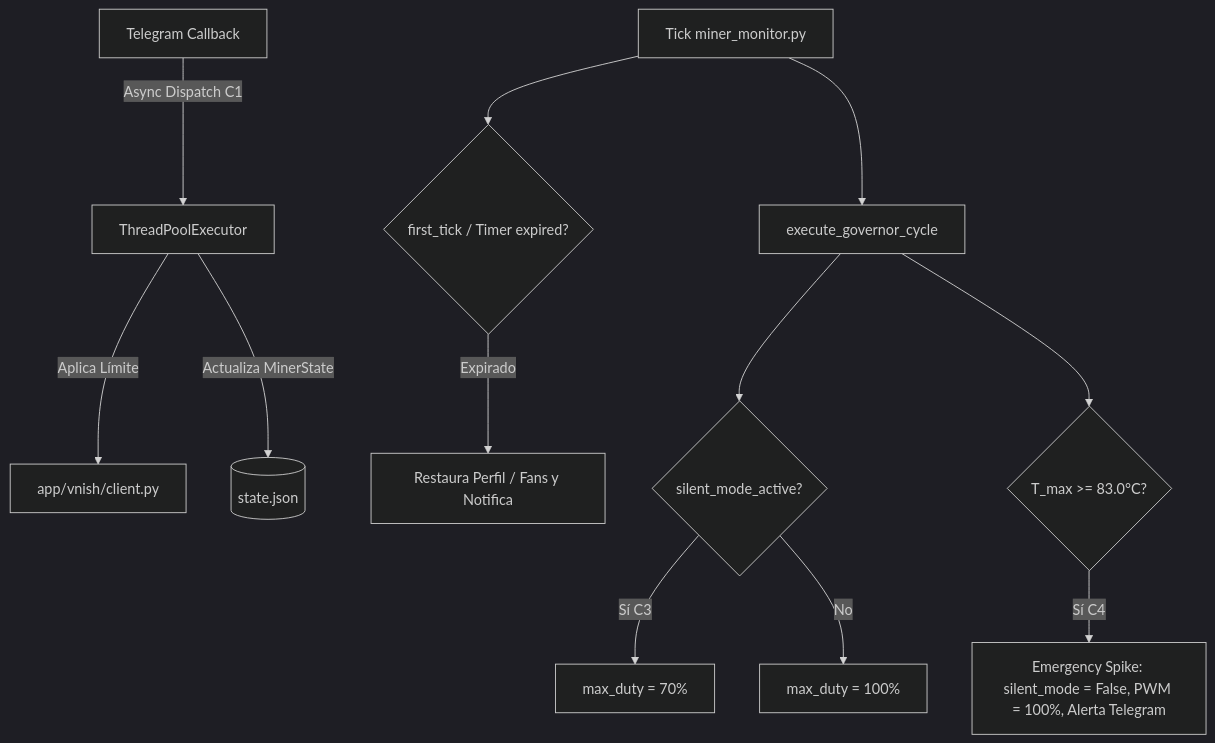
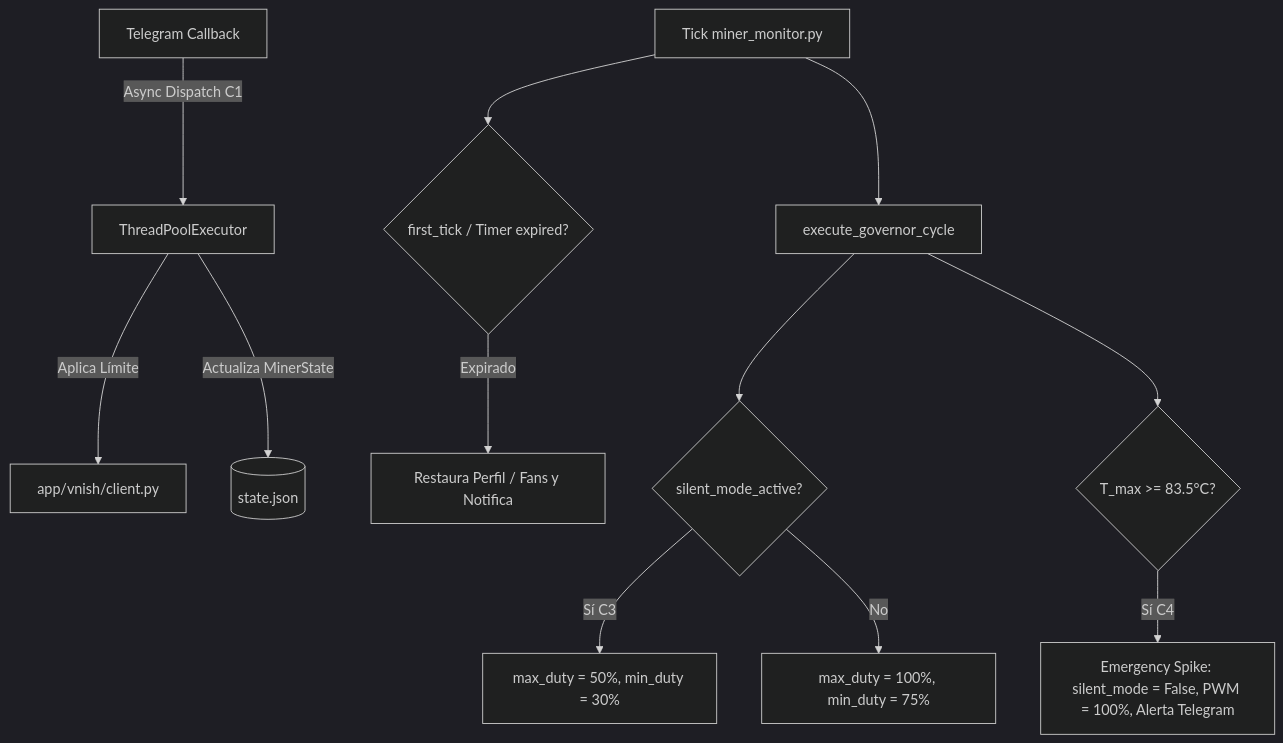
The diagram in specs/044-silent-mode-thermal-guard/plan.md (fagdiaz/miner-alerts), drawn with Mermaid (dark theme) before and after one commit. The commit also changed other lines of this file and 43 other files, not shown here.

````diff
--- a/specs/044-silent-mode-thermal-guard/plan.md
+++ b/specs/044-silent-mode-thermal-guard/plan.md
@@ -10,17 +10,17 @@
 ```mermaid
 graph TD
     User[Telegram Callback] -->|Async Dispatch C1| Worker[ThreadPoolExecutor]
     Worker -->|Aplica Límite| VNishClient[app/vnish/client.py]
     Worker -->|Actualiza MinerState| StateFile[(state.json)]
 
     MainLoop[Tick miner_monitor.py] --> TickCheck{first_tick / Timer expired?}
     TickCheck -->|Expirado| Revert[Restaura Perfil / Fans y Notifica]
 
     MainLoop --> GovCycle[execute_governor_cycle]
     GovCycle --> Bounds{silent_mode_active?}
-    Bounds -->|Sí C3| DynamicLimits[max_duty = 70%]
-    Bounds -->|No| NormalLimits[max_duty = 100%]
+    Bounds -->|Sí C3| DynamicLimits[max_duty = 50%, min_duty = 30%]
+    Bounds -->|No| NormalLimits[max_duty = 100%, min_duty = 75%]
 
-    GovCycle --> TempCheck{T_max >= 83.0°C?}
+    GovCycle --> TempCheck{T_max >= 83.5°C?}
     TempCheck -->|Sí C4| Spike[Emergency Spike: silent_mode = False, PWM = 100%, Alerta Telegram]
 ```
````
